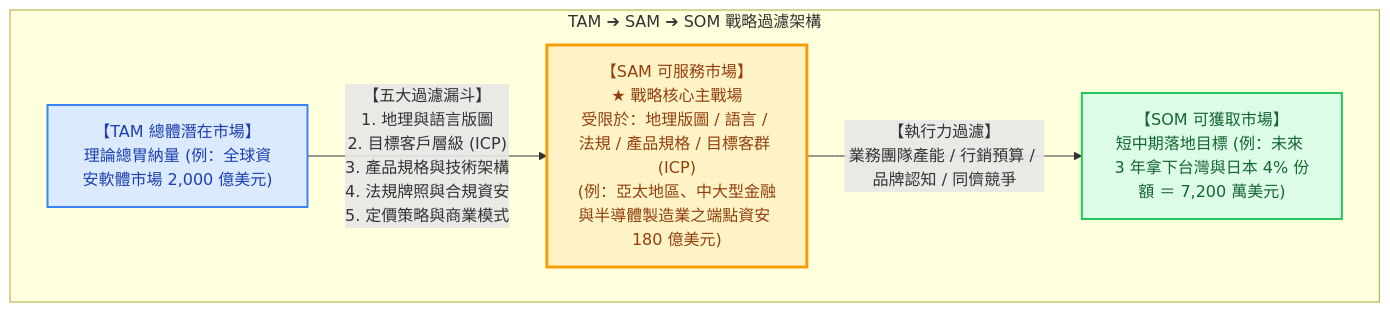
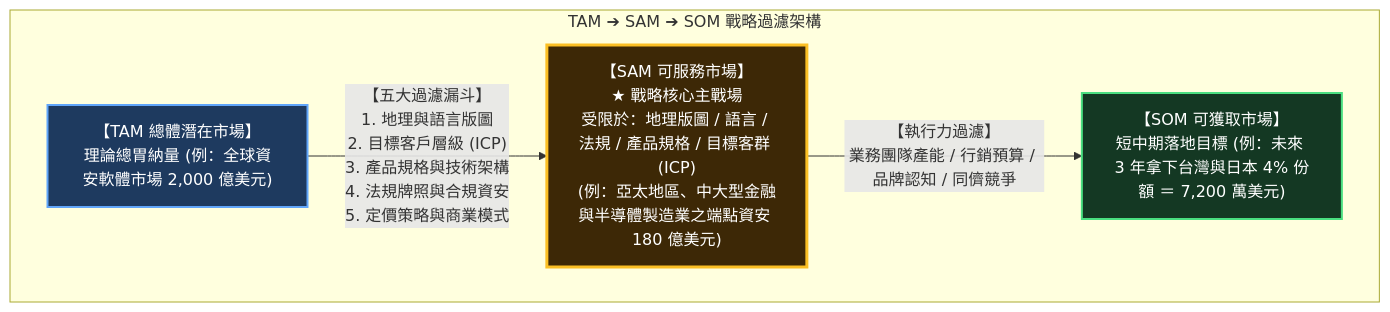
Before and after one commit to Jimlin0428/my-digital-garden: the first of 2 diagrams in src/site/notes/98_商業概念庫/SAM.md, drawn with Mermaid. The commit also changed other lines of this file and 58 other files, not shown here.

````diff
--- a/src/site/notes/98_商業概念庫/SAM.md
+++ b/src/site/notes/98_商業概念庫/SAM.md
@@ -21,18 +21,18 @@
 ```mermaid
 flowchart TD
     subgraph MarketFunnel ["TAM ➔ SAM ➔ SOM 戰略過濾架構"]
         TAM["【TAM 總體潛在市場】<br>理論總胃納量 (例：全球資安軟體市場 2,000 億美元)"]
         
         SAM["【SAM 可服務市場】<br>★ 戰略核心主戰場<br>受限於：地理版圖 / 語言 / 法規 / 產品規格 / 目標客群 (ICP)<br>(例：亞太地區、中大型金融與半導體製造業之端點資安 180 億美元)"]
         
         SOM["【SOM 可獲取市場】<br>短中期落地目標 (例：未來 3 年拿下台灣與日本 4% 份額 ＝ 7,200 萬美元)"]
     end
 
     TAM -->|"【五大過濾漏斗】<br>1. 地理與語言版圖<br>2. 目標客戶層級 (ICP)<br>3. 產品規格與技術架構<br>4. 法規牌照與合規資安<br>5. 定價策略與商業模式"| SAM
     
     SAM -->|"【執行力過濾】<br>業務團隊產能 / 行銷預算 / 品牌認知 / 同儕競爭"| SOM
 
-    style TAM fill:#dbeafe,stroke:#3b82f6,stroke-width:2px,color:#1e40af
-    style SAM fill:#fef3c7,stroke:#f59e0b,stroke-width:3px,color:#92400e
-    style SOM fill:#dcfce7,stroke:#22c55e,stroke-width:2px,color:#166534
+    style TAM fill:#1e3a5f,stroke:#60a5fa,stroke-width:2px,color:#ffffff
+    style SAM fill:#3d2806,stroke:#fbbf24,stroke-width:3px,color:#ffffff
+    style SOM fill:#143823,stroke:#4ade80,stroke-width:2px,color:#ffffff
 ```
````
